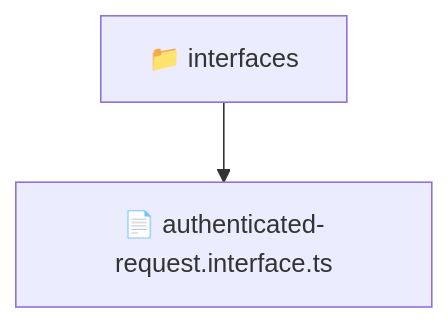
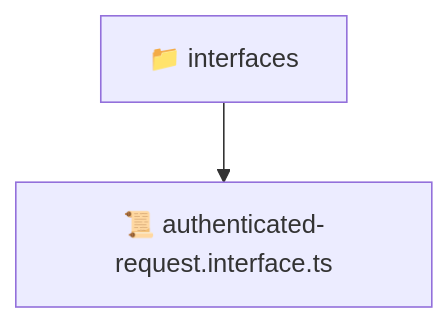
Before and after one commit to beginwebdev2002/fullstack-mavluda: the diagram in backend/src/common/interfaces/README.md, drawn with Mermaid. The commit also changed other lines of this file and 163 other files, not shown here.

````diff
--- a/backend/src/common/interfaces/README.md
+++ b/backend/src/common/interfaces/README.md
@@ -9,5 +9,5 @@
 ```mermaid
 graph TD
-  Root["📁 interfaces"]
-  Root --> authenticated_request_interface_ts["📄 authenticated-request.interface.ts"]
+  interfaces["📁 interfaces"]
+  interfaces --> authenticated_request_interface_ts["📜 authenticated-request.interface.ts"]
 ```
````
